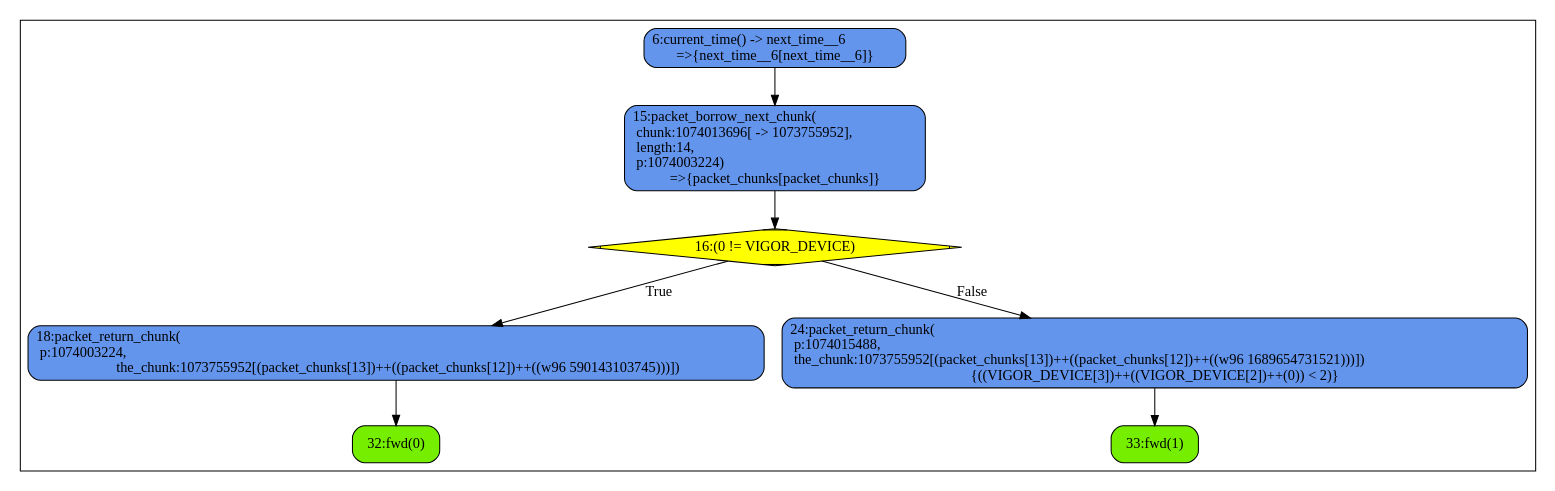
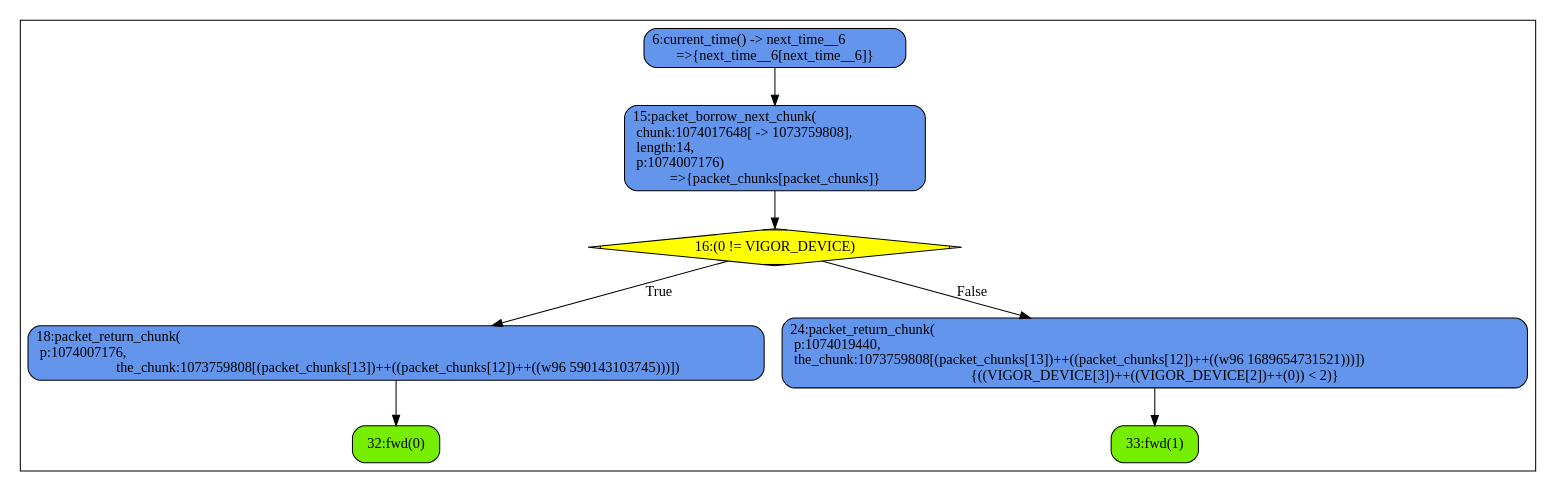
One commit to gui-baeta/synapse changed the diagram in bdds/fwd.gv. Above: the diagram before and after it, drawn with Graphviz. The commit also changed 45 other files, not shown here.

```diff
--- a/bdds/fwd.gv
+++ b/bdds/fwd.gv
@@ -1,19 +1,19 @@
 digraph mygraph {
 	node [shape=box style=rounded border=0];
 	subgraph clusterprocess {
 		node [style="rounded,filled",color=black];
 		32 [label="32:fwd(0)", fillcolor="chartreuse2"];
-		18 [label="18:packet_return_chunk(\l  p:1074003224,\l  the_chunk:1073755952[(packet_chunks[13])++((packet_chunks[12])++((w96 590143103745)))])", fillcolor="cornflowerblue"];
+		18 [label="18:packet_return_chunk(\l  p:1074007176,\l  the_chunk:1073759808[(packet_chunks[13])++((packet_chunks[12])++((w96 590143103745)))])", fillcolor="cornflowerblue"];
 		18 -> 32;
 		33 [label="33:fwd(1)", fillcolor="chartreuse2"];
-		24 [label="24:packet_return_chunk(\l  p:1074015488,\l  the_chunk:1073755952[(packet_chunks[13])++((packet_chunks[12])++((w96 1689654731521)))])\l{((VIGOR_DEVICE[3])++((VIGOR_DEVICE[2])++(0)) < 2)}", fillcolor="cornflowerblue"];
+		24 [label="24:packet_return_chunk(\l  p:1074019440,\l  the_chunk:1073759808[(packet_chunks[13])++((packet_chunks[12])++((w96 1689654731521)))])\l{((VIGOR_DEVICE[3])++((VIGOR_DEVICE[2])++(0)) < 2)}", fillcolor="cornflowerblue"];
 		24 -> 33;
 		16 [shape=Mdiamond, label="16:(0 != VIGOR_DEVICE)", fillcolor="yellow"];
 		16 -> 18 [label="True"];
 		16 -> 24 [label="False"];
-		15 [label="15:packet_borrow_next_chunk(\l  chunk:1074013696[ -> 1073755952],\l  length:14,\l  p:1074003224)\l=>{packet_chunks[packet_chunks]}", fillcolor="cornflowerblue"];
+		15 [label="15:packet_borrow_next_chunk(\l  chunk:1074017648[ -> 1073759808],\l  length:14,\l  p:1074007176)\l=>{packet_chunks[packet_chunks]}", fillcolor="cornflowerblue"];
 		15 -> 16;
 		6 [label="6:current_time() -> next_time__6\l=>{next_time__6[next_time__6]}", fillcolor="cornflowerblue"];
 		6 -> 15;
 	}
 }
```
